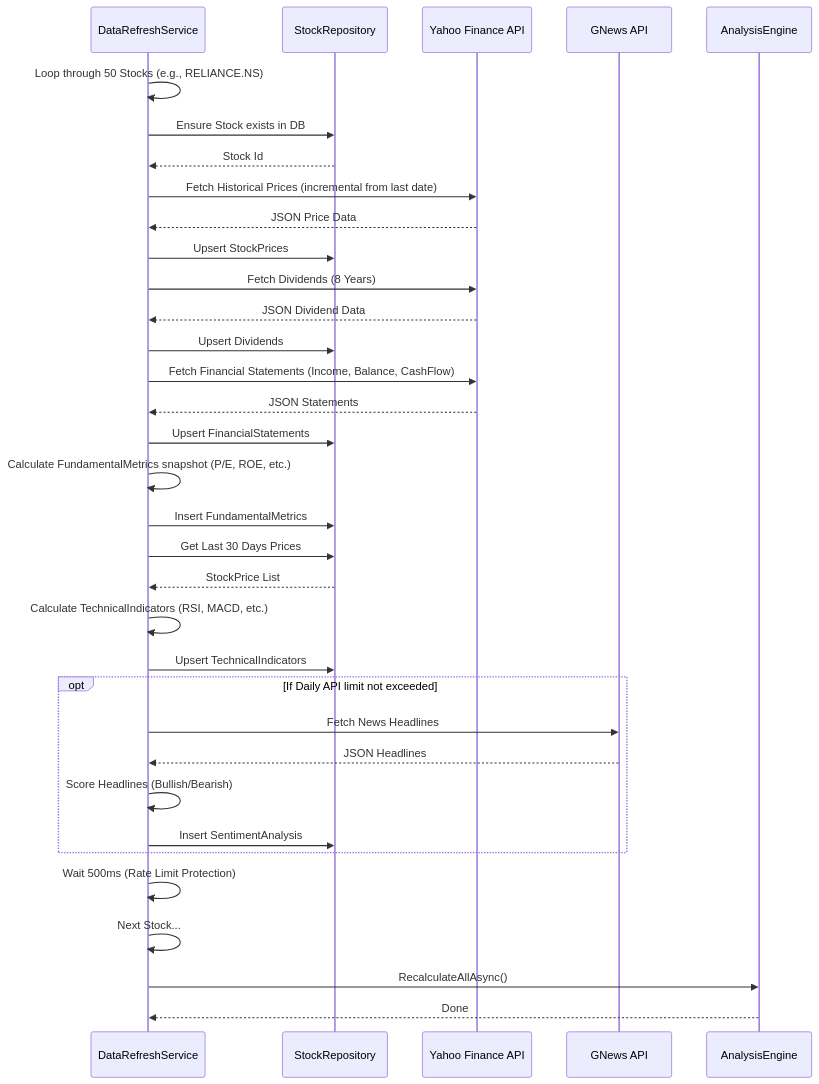
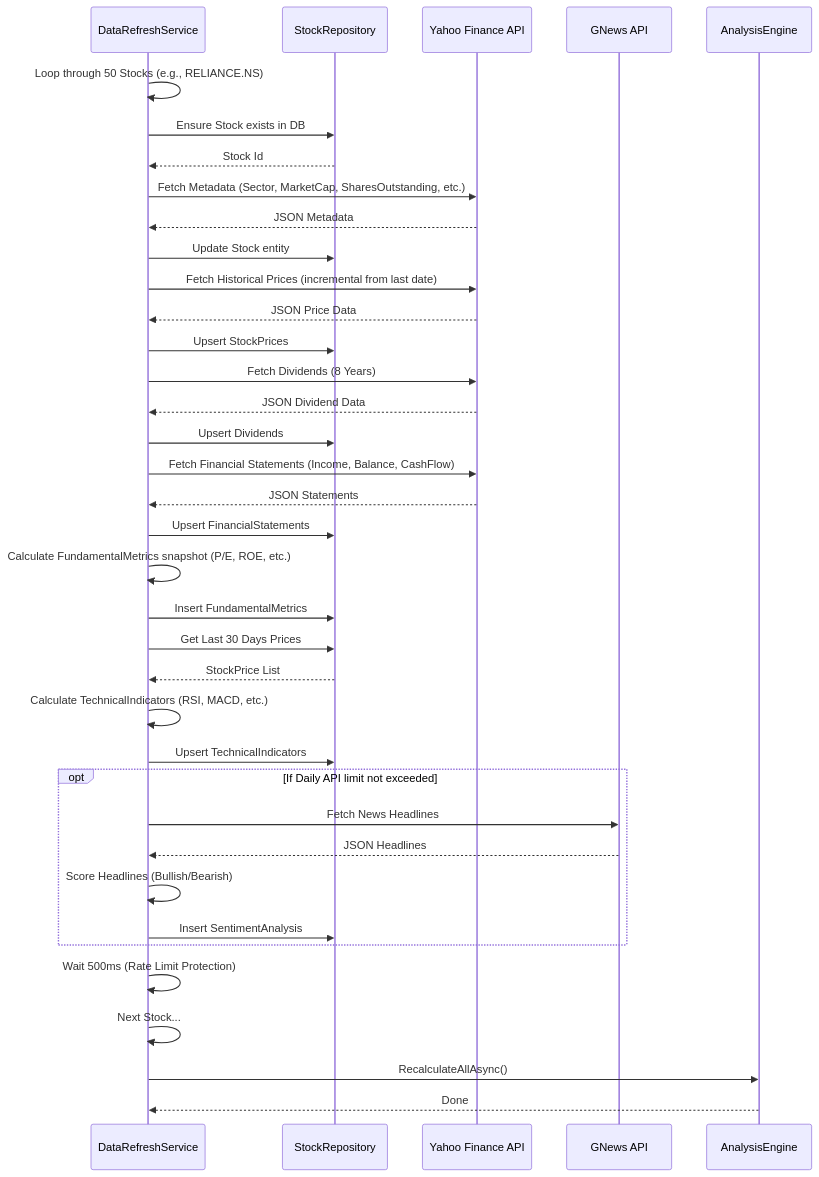
Before and after one commit to kausaur/stockfinder: the diagram in docs/data_refresh_flow.md, drawn with Mermaid. The commit also changed other lines of this file and 2 other files, not shown here.

Commit message:
docs: update architecture, data flow, and analysis docs

````diff
--- a/docs/data_refresh_flow.md
+++ b/docs/data_refresh_flow.md
@@ -7,51 +7,56 @@
 ```mermaid
 sequenceDiagram
     participant Worker as DataRefreshService
     participant Repo as StockRepository
     participant Yahoo as Yahoo Finance API
     participant GNews as GNews API
     participant Engine as AnalysisEngine
 
     Worker->>Worker: Loop through 50 Stocks (e.g., RELIANCE.NS)
     
     Worker->>Repo: Ensure Stock exists in DB
     Repo-->>Worker: Stock Id
+    
+    %% Metadata Fetching
+    Worker->>Yahoo: Fetch Metadata (Sector, MarketCap, SharesOutstanding, etc.)
+    Yahoo-->>Worker: JSON Metadata
+    Worker->>Repo: Update Stock entity
     
     %% Price Data Fetching
     Worker->>Yahoo: Fetch Historical Prices (incremental from last date)
     Yahoo-->>Worker: JSON Price Data
     Worker->>Repo: Upsert StockPrices
     
     %% Dividends
     Worker->>Yahoo: Fetch Dividends (8 Years)
     Yahoo-->>Worker: JSON Dividend Data
     Worker->>Repo: Upsert Dividends
     
     %% Fundamentals
     Worker->>Yahoo: Fetch Financial Statements (Income, Balance, CashFlow)
     Yahoo-->>Worker: JSON Statements
     Worker->>Repo: Upsert FinancialStatements
     Worker->>Worker: Calculate FundamentalMetrics snapshot (P/E, ROE, etc.)
     Worker->>Repo: Insert FundamentalMetrics
     
     %% Technicals
     Worker->>Repo: Get Last 30 Days Prices
     Repo-->>Worker: StockPrice List
     Worker->>Worker: Calculate TechnicalIndicators (RSI, MACD, etc.)
     Worker->>Repo: Upsert TechnicalIndicators
     
     %% Sentiment (With Rate Limit Protection)
     opt If Daily API limit not exceeded
         Worker->>GNews: Fetch News Headlines
         GNews-->>Worker: JSON Headlines
         Worker->>Worker: Score Headlines (Bullish/Bearish)
         Worker->>Repo: Insert SentimentAnalysis
     end
     
     Worker->>Worker: Wait 500ms (Rate Limit Protection)
     Worker->>Worker: Next Stock...
     
     %% Analysis phase
     Worker->>Engine: RecalculateAllAsync()
     Engine-->>Worker: Done
 ```
````
